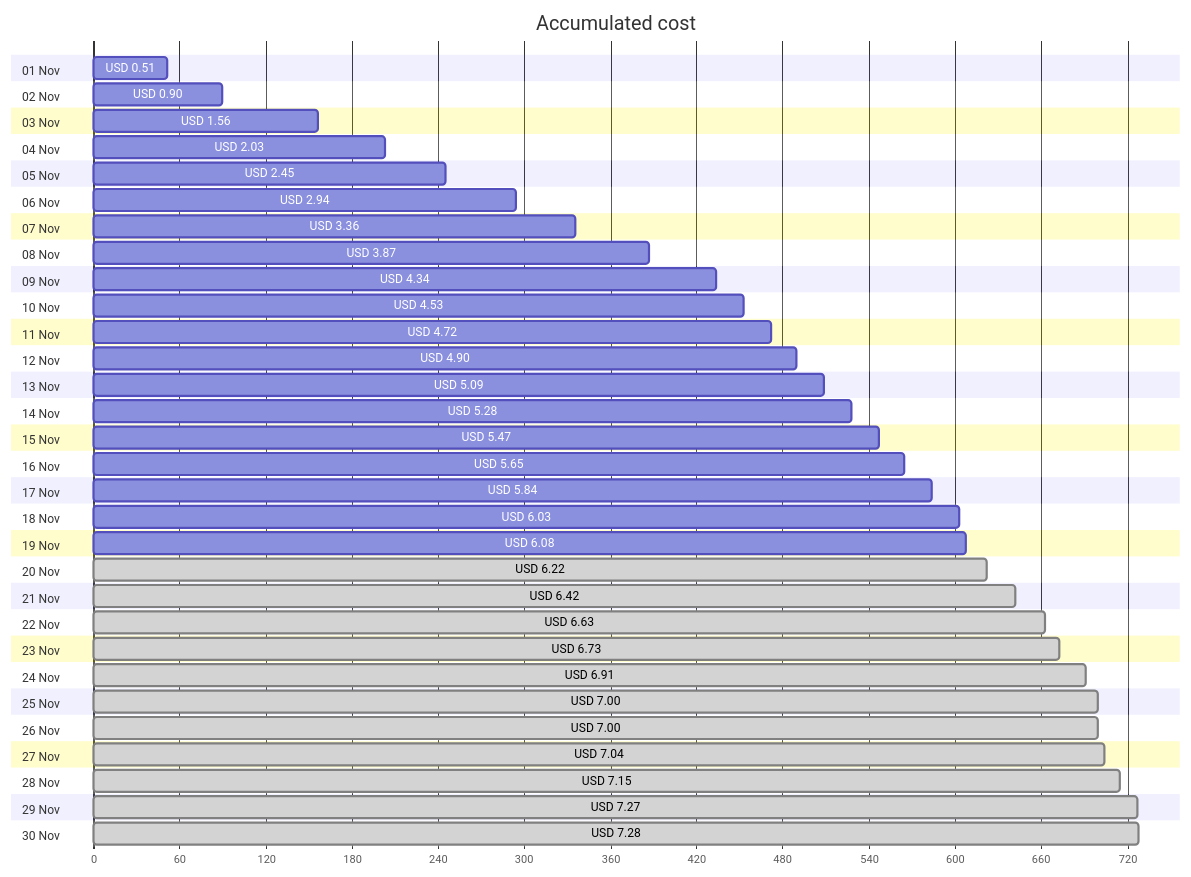
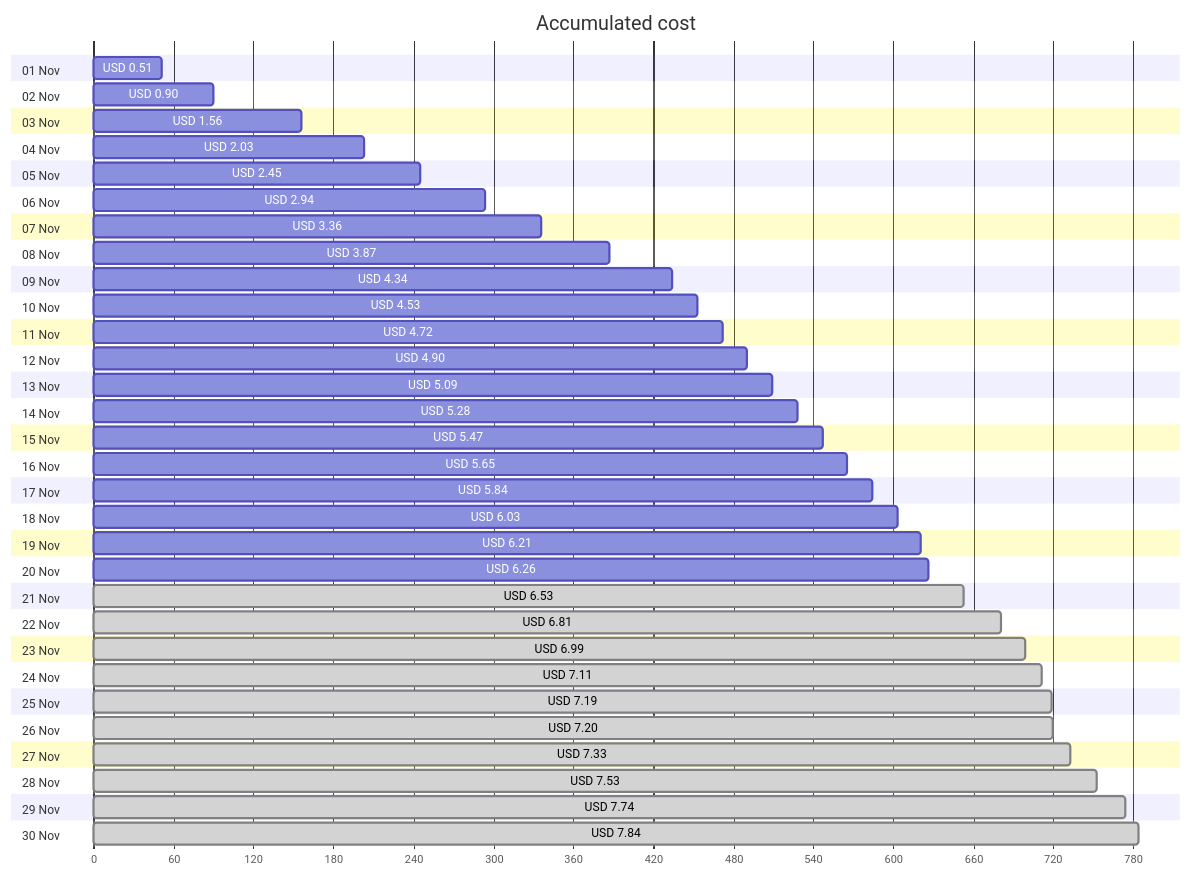
One commit to jpfulton/azure-personal-reports changed the first of 4 diagrams in cost-reports/personal-network/vpn-server.md. Above: the diagram before and after it, drawn with Mermaid. The commit also changed other lines of this file and 8 other files, not shown here.

````diff
--- a/cost-reports/personal-network/vpn-server.md
+++ b/cost-reports/personal-network/vpn-server.md
@@ -20,66 +20,66 @@
 ```mermaid
 gantt
    title Accumulated cost
    dateFormat  X
    axisFormat %s
    section 01 Nov
    USD 0.51 :0, 51
    section 02 Nov
    USD 0.90 :0, 90
    section 03 Nov
    USD 1.56 :0, 156
    section 04 Nov
    USD 2.03 :0, 203
    section 05 Nov
    USD 2.45 :0, 245
    section 06 Nov
    USD 2.94 :0, 294
    section 07 Nov
    USD 3.36 :0, 336
    section 08 Nov
    USD 3.87 :0, 387
    section 09 Nov
    USD 4.34 :0, 434
    section 10 Nov
    USD 4.53 :0, 453
    section 11 Nov
    USD 4.72 :0, 472
    section 12 Nov
    USD 4.90 :0, 490
    section 13 Nov
    USD 5.09 :0, 509
    section 14 Nov
    USD 5.28 :0, 528
    section 15 Nov
    USD 5.47 :0, 547
    section 16 Nov
    USD 5.65 :0, 565
    section 17 Nov
    USD 5.84 :0, 584
    section 18 Nov
    USD 6.03 :0, 603
    section 19 Nov
-   USD 6.08 :0, 608
+   USD 6.21 :0, 621
    section 20 Nov
-   USD 6.22 : done, 0, 622
+   USD 6.26 :0, 626
    section 21 Nov
-   USD 6.42 : done, 0, 642
+   USD 6.53 : done, 0, 653
    section 22 Nov
-   USD 6.63 : done, 0, 663
+   USD 6.81 : done, 0, 681
    section 23 Nov
-   USD 6.73 : done, 0, 673
+   USD 6.99 : done, 0, 699
    section 24 Nov
-   USD 6.91 : done, 0, 691
+   USD 7.11 : done, 0, 711
    section 25 Nov
-   USD 7.00 : done, 0, 700
+   USD 7.19 : done, 0, 719
    section 26 Nov
-   USD 7.00 : done, 0, 700
+   USD 7.20 : done, 0, 720
    section 27 Nov
-   USD 7.04 : done, 0, 704
+   USD 7.33 : done, 0, 733
    section 28 Nov
-   USD 7.15 : done, 0, 715
+   USD 7.53 : done, 0, 753
    section 29 Nov
-   USD 7.27 : done, 0, 727
+   USD 7.74 : done, 0, 774
    section 30 Nov
-   USD 7.28 : done, 0, 728
+   USD 7.84 : done, 0, 784
 ```
````
